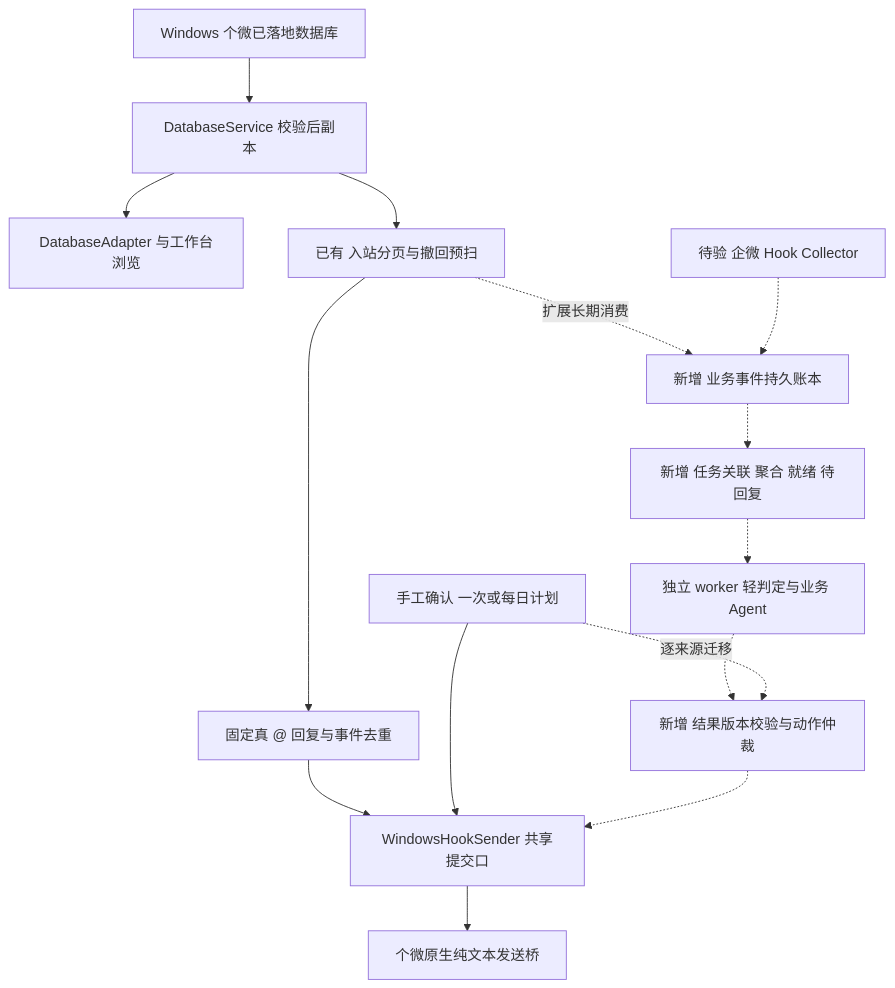
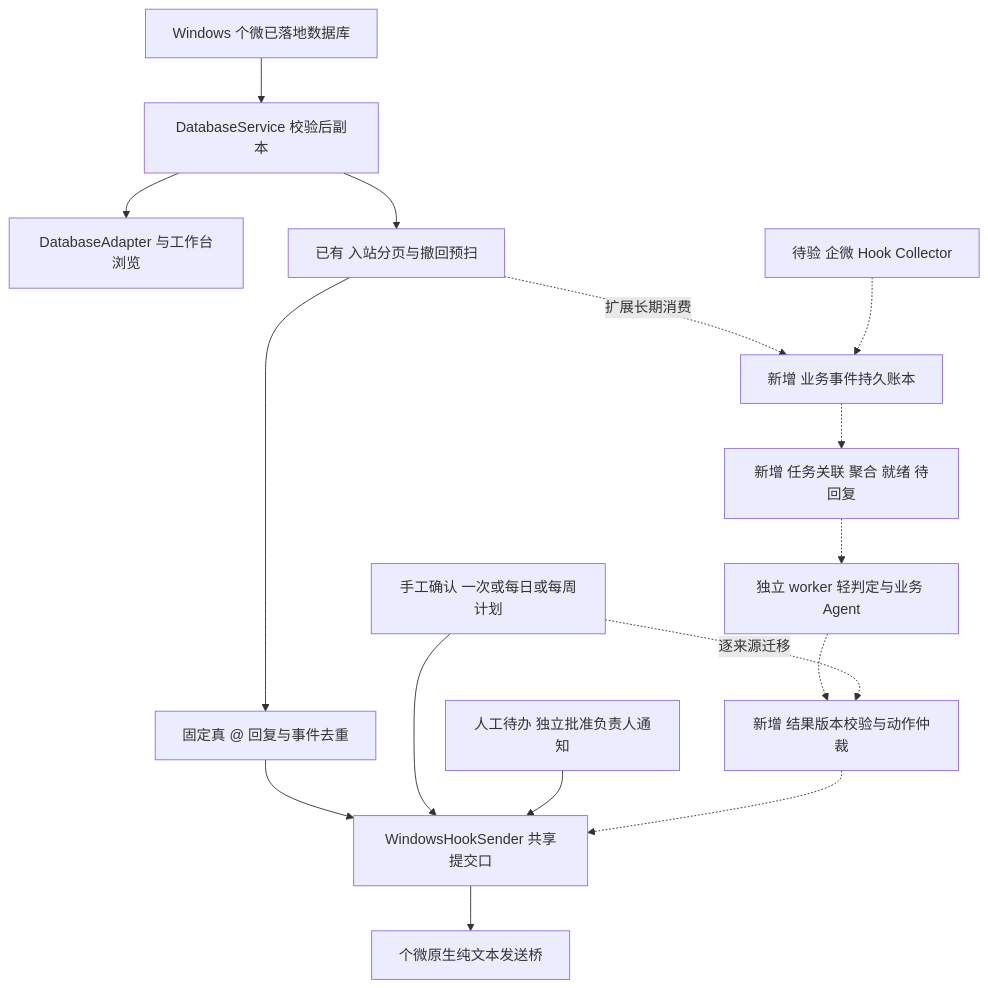
One commit to JJ704sd/ZJ-AI-WXBot changed the diagram in specs/wecom-hook-agent-research-2026-10-02.md. Above: the diagram before and after it, drawn with Mermaid. The commit also changed other lines of this file and 5 other files, not shown here.

````diff
--- a/specs/wecom-hook-agent-research-2026-10-02.md
+++ b/specs/wecom-hook-agent-research-2026-10-02.md
@@ -129,17 +142,18 @@
 ```mermaid
 flowchart TD
     A[Windows 个微已落地数据库] --> B[DatabaseService 校验后副本]
     B --> C[DatabaseAdapter 与工作台浏览]
     B --> L[已有 入站分页与撤回预扫]
     L --> R[固定真 @ 回复与事件去重]
     R --> E[WindowsHookSender 共享提交口]
-    D[手工确认 一次或每日计划] --> E
+    D[手工确认 一次或每日或每周计划] --> E
+    N[人工待办 独立批准负责人通知] --> E
     E --> F[个微原生纯文本发送桥]
     L -. 扩展长期消费 .-> G[新增 业务事件持久账本]
     H[待验 企微 Hook Collector] -.-> G
     G -.-> I[新增 任务关联 聚合 就绪 待回复]
     I -.-> J[独立 worker 轻判定与业务 Agent]
     J -.-> K[新增 结果版本校验与动作仲裁]
     K -.-> E
     D -. 逐来源迁移 .-> K
 ```
````
